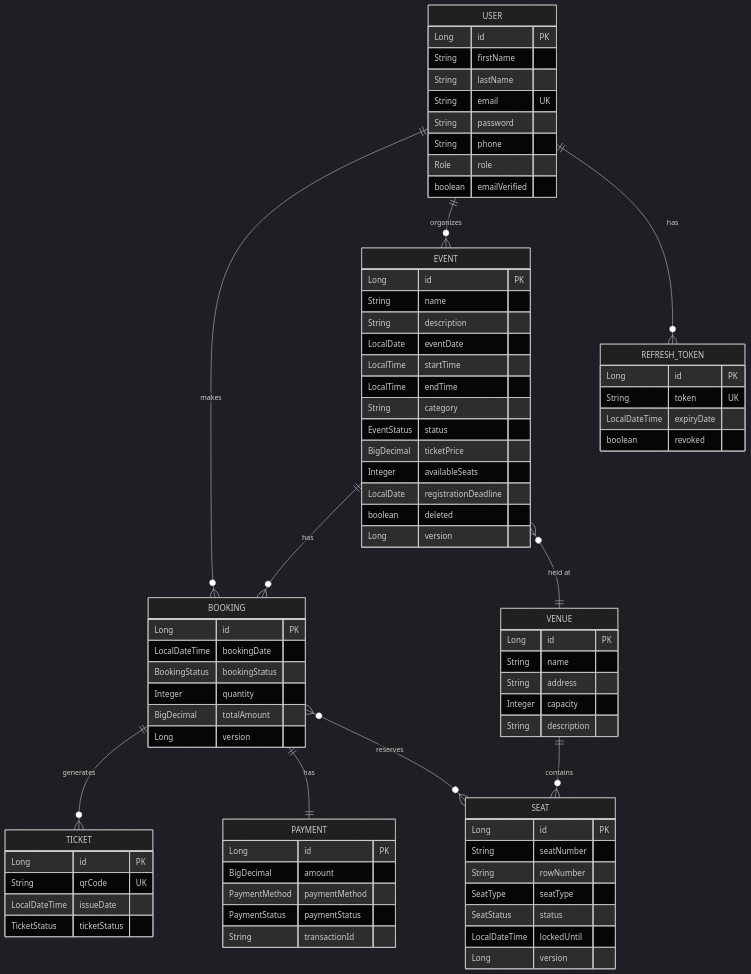
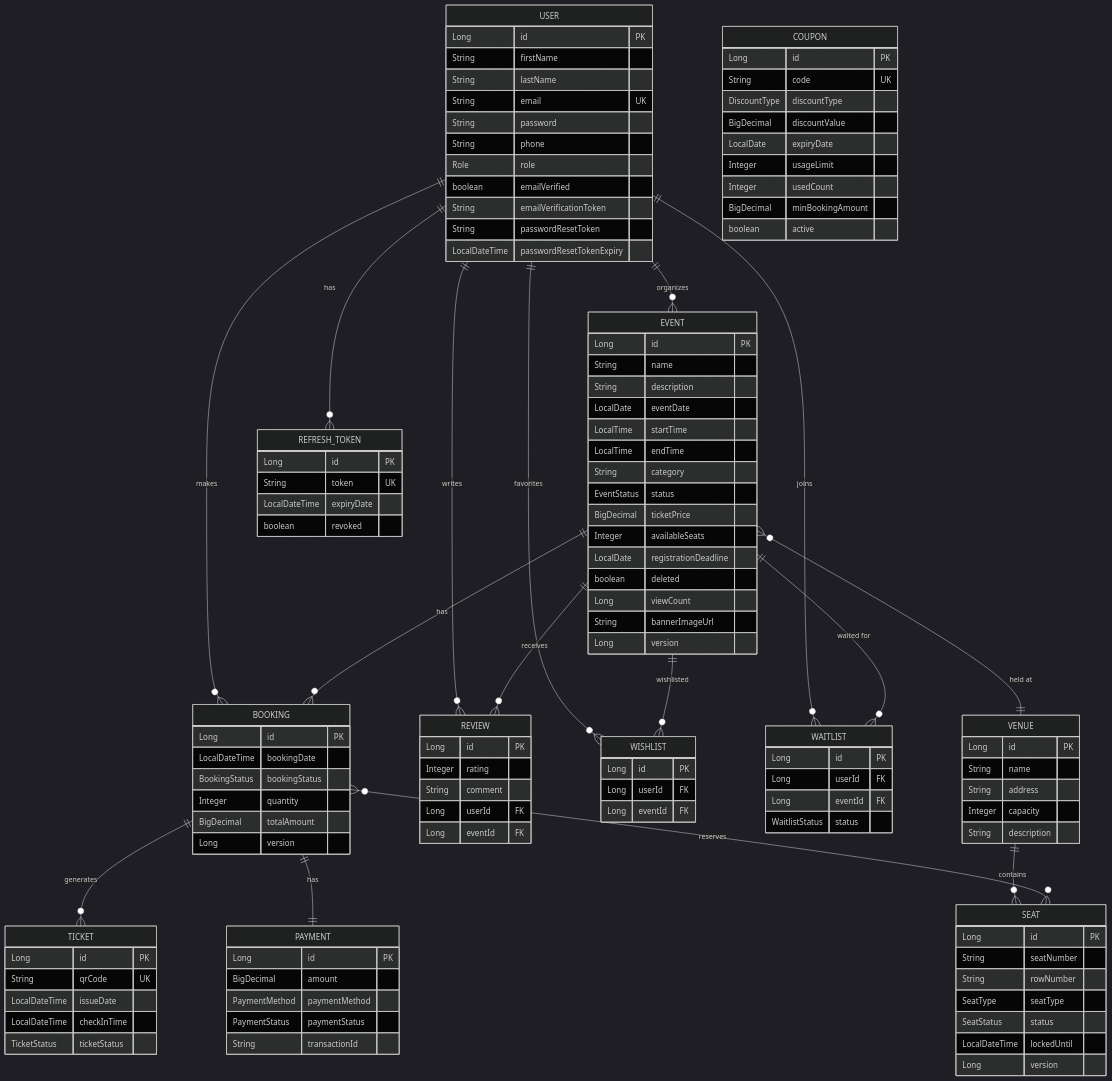
Before and after one commit to kritagya025/Event-Booking-System: the diagram in README.md, drawn with Mermaid (dark theme). The commit also changed other lines of this file and 75 other files, not shown here.

Commit message:
feat: scaffold initial event booking system architecture with core entities, services, controllers, and security configurations

````diff
--- a/README.md
+++ b/README.md
@@ -144,7 +435,13 @@
     USER ||--o{ BOOKING : makes
     USER ||--o{ EVENT : organizes
     USER ||--o{ REFRESH_TOKEN : has
+    USER ||--o{ REVIEW : writes
+    USER ||--o{ WISHLIST : favorites
+    USER ||--o{ WAITLIST : "joins"
     EVENT ||--o{ BOOKING : has
+    EVENT ||--o{ REVIEW : receives
+    EVENT ||--o{ WISHLIST : "wishlisted"
+    EVENT ||--o{ WAITLIST : "waited for"
     EVENT }o--|| VENUE : "held at"
     VENUE ||--o{ SEAT : contains
     BOOKING ||--o{ TICKET : generates
@@ -160,6 +457,9 @@
         String phone
         Role role
         boolean emailVerified
+        String emailVerificationToken
+        String passwordResetToken
+        LocalDateTime passwordResetTokenExpiry
     }
 
     EVENT {
@@ -175,6 +475,8 @@
         Integer availableSeats
         LocalDate registrationDeadline
         boolean deleted
+        Long viewCount
+        String bannerImageUrl
         Long version
     }
 
@@ -209,6 +511,7 @@
         Long id PK
         String qrCode UK
         LocalDateTime issueDate
+        LocalDateTime checkInTime
         TicketStatus ticketStatus
     }
 
@@ -226,4 +529,37 @@
         LocalDateTime expiryDate
         boolean revoked
     }
+
+    REVIEW {
+        Long id PK
+        Integer rating
+        String comment
+        Long userId FK
+        Long eventId FK
+    }
+
+    WISHLIST {
+        Long id PK
+        Long userId FK
+        Long eventId FK
+    }
+
+    WAITLIST {
+        Long id PK
+        Long userId FK
+        Long eventId FK
+        WaitlistStatus status
+    }
+
+    COUPON {
+        Long id PK
+        String code UK
+        DiscountType discountType
+        BigDecimal discountValue
+        LocalDate expiryDate
+        Integer usageLimit
+        Integer usedCount
+        BigDecimal minBookingAmount
+        boolean active
+    }
 ```
````
